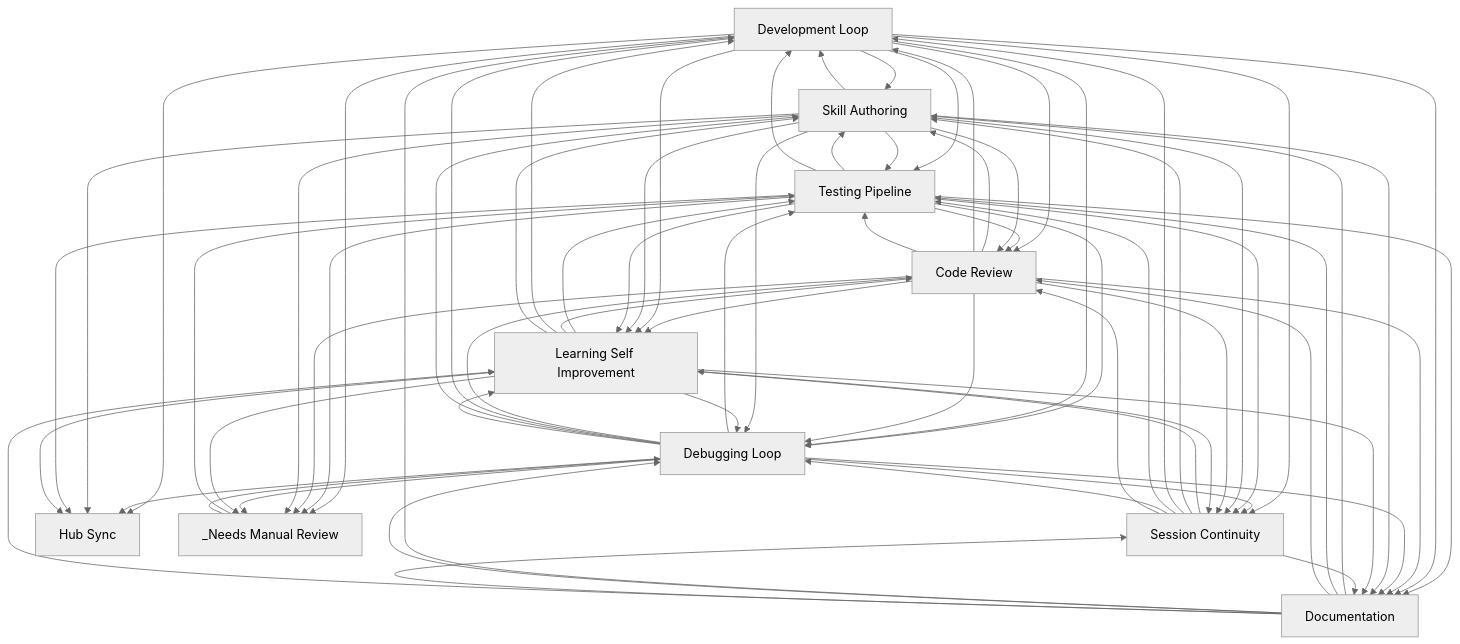
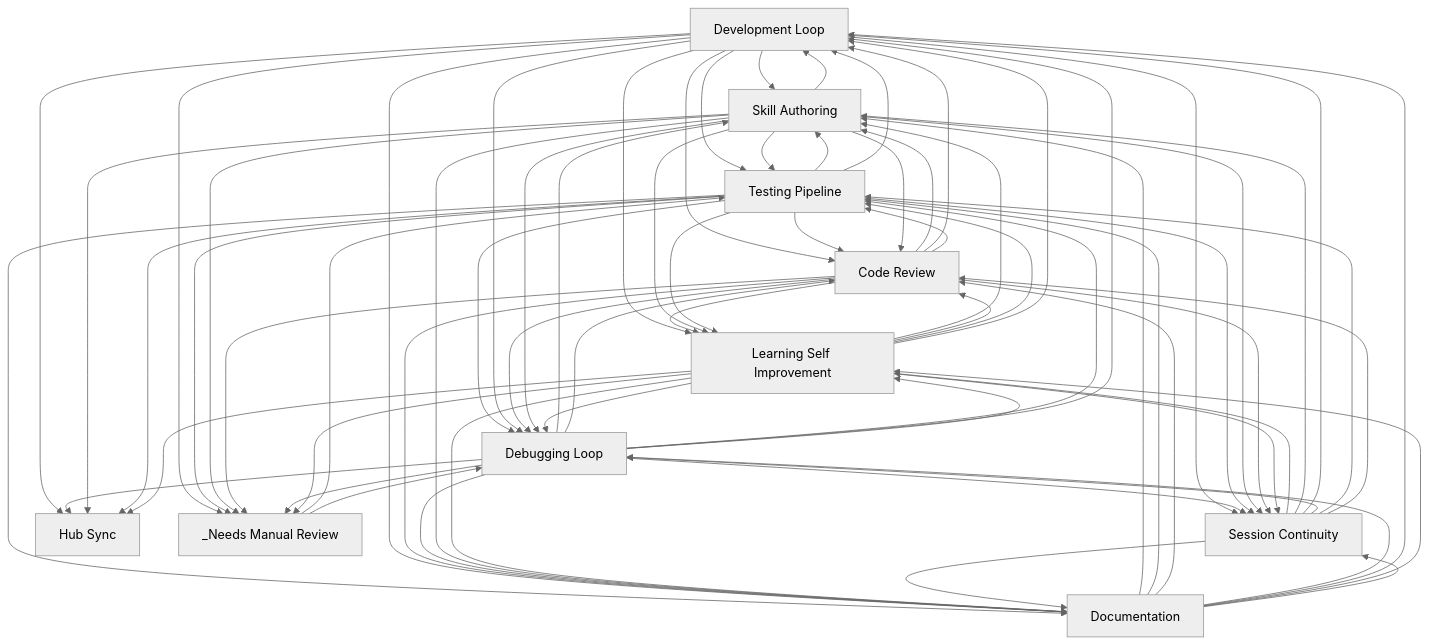
The diagram in docs/workflows/INDEX.md (abhayla/claude-best-practices), drawn with Mermaid (neutral theme) before and after one commit. The commit also changed other lines of this file and 14 other files, not shown here.

````diff
--- a/docs/workflows/INDEX.md
+++ b/docs/workflows/INDEX.md
@@ -22,82 +22,82 @@
 ```mermaid
 graph TD
     development_loop[Development Loop]
     testing_pipeline[Testing Pipeline]
     debugging_loop[Debugging Loop]
     learning_self_improvement[Learning Self Improvement]
     session_continuity[Session Continuity]
     skill_authoring[Skill Authoring]
     code_review[Code Review]
     documentation[Documentation]
     hub_sync[Hub Sync]
     _needs_manual_review[_Needs Manual Review]
     documentation --> skill_authoring
     documentation --> testing_pipeline
+    development_loop --> skill_authoring
+    development_loop --> code_review
     code_review --> skill_authoring
     code_review --> development_loop
-    development_loop --> skill_authoring
-    development_loop --> code_review
+    development_loop --> testing_pipeline
+    development_loop --> learning_self_improvement
     code_review --> testing_pipeline
     code_review --> learning_self_improvement
-    development_loop --> testing_pipeline
-    development_loop --> learning_self_improvement
     skill_authoring --> testing_pipeline
     testing_pipeline --> skill_authoring
     testing_pipeline --> code_review
+    testing_pipeline --> debugging_loop
     testing_pipeline --> development_loop
-    testing_pipeline --> debugging_loop
     testing_pipeline --> documentation
+    debugging_loop --> skill_authoring
+    debugging_loop --> code_review
     debugging_loop --> testing_pipeline
-    debugging_loop --> code_review
     debugging_loop --> development_loop
-    debugging_loop --> skill_authoring
     development_loop --> debugging_loop
     development_loop --> documentation
+    skill_authoring --> development_loop
     skill_authoring --> code_review
-    skill_authoring --> development_loop
     skill_authoring --> learning_self_improvement
     development_loop --> _needs_manual_review
     testing_pipeline --> _needs_manual_review
     documentation --> code_review
+    documentation --> debugging_loop
     documentation --> development_loop
-    documentation --> debugging_loop
     code_review --> debugging_loop
     code_review --> documentation
     session_continuity --> learning_self_improvement
     development_loop --> session_continuity
     _needs_manual_review --> testing_pipeline
     debugging_loop --> session_continuity
     debugging_loop --> learning_self_improvement
     testing_pipeline --> session_continuity
     testing_pipeline --> learning_self_improvement
     debugging_loop --> documentation
     documentation --> learning_self_improvement
     skill_authoring --> session_continuity
     skill_authoring --> debugging_loop
     _needs_manual_review --> debugging_loop
+    learning_self_improvement --> skill_authoring
+    learning_self_improvement --> code_review
+    learning_self_improvement --> debugging_loop
     learning_self_improvement --> testing_pipeline
-    learning_self_improvement --> code_review
     learning_self_improvement --> development_loop
-    learning_self_improvement --> skill_authoring
-    learning_self_improvement --> debugging_loop
     development_loop --> hub_sync
     debugging_loop --> hub_sync
+    skill_authoring --> _needs_manual_review
     code_review --> _needs_manual_review
-    skill_authoring --> _needs_manual_review
     debugging_loop --> _needs_manual_review
     skill_authoring --> documentation
     code_review --> session_continuity
     learning_self_improvement --> session_continuity
     session_continuity --> skill_authoring
     learning_self_improvement --> documentation
     session_continuity --> development_loop
+    session_continuity --> debugging_loop
     session_continuity --> testing_pipeline
-    session_continuity --> debugging_loop
+    session_continuity --> code_review
     session_continuity --> documentation
-    session_continuity --> code_review
     skill_authoring --> hub_sync
     testing_pipeline --> hub_sync
     learning_self_improvement --> hub_sync
     learning_self_improvement --> _needs_manual_review
     documentation --> session_continuity
 ```
````
